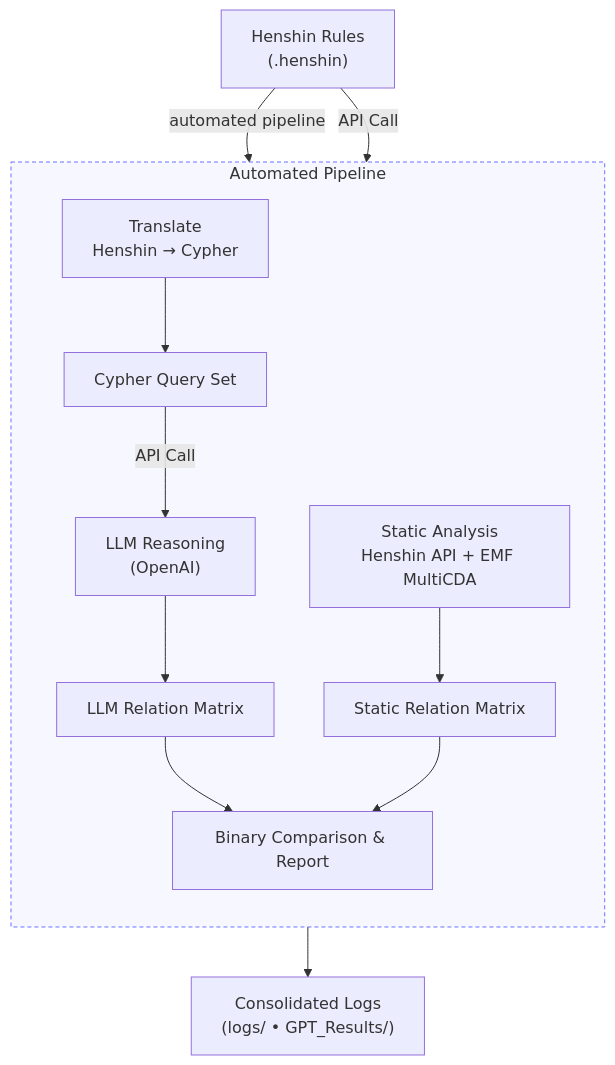
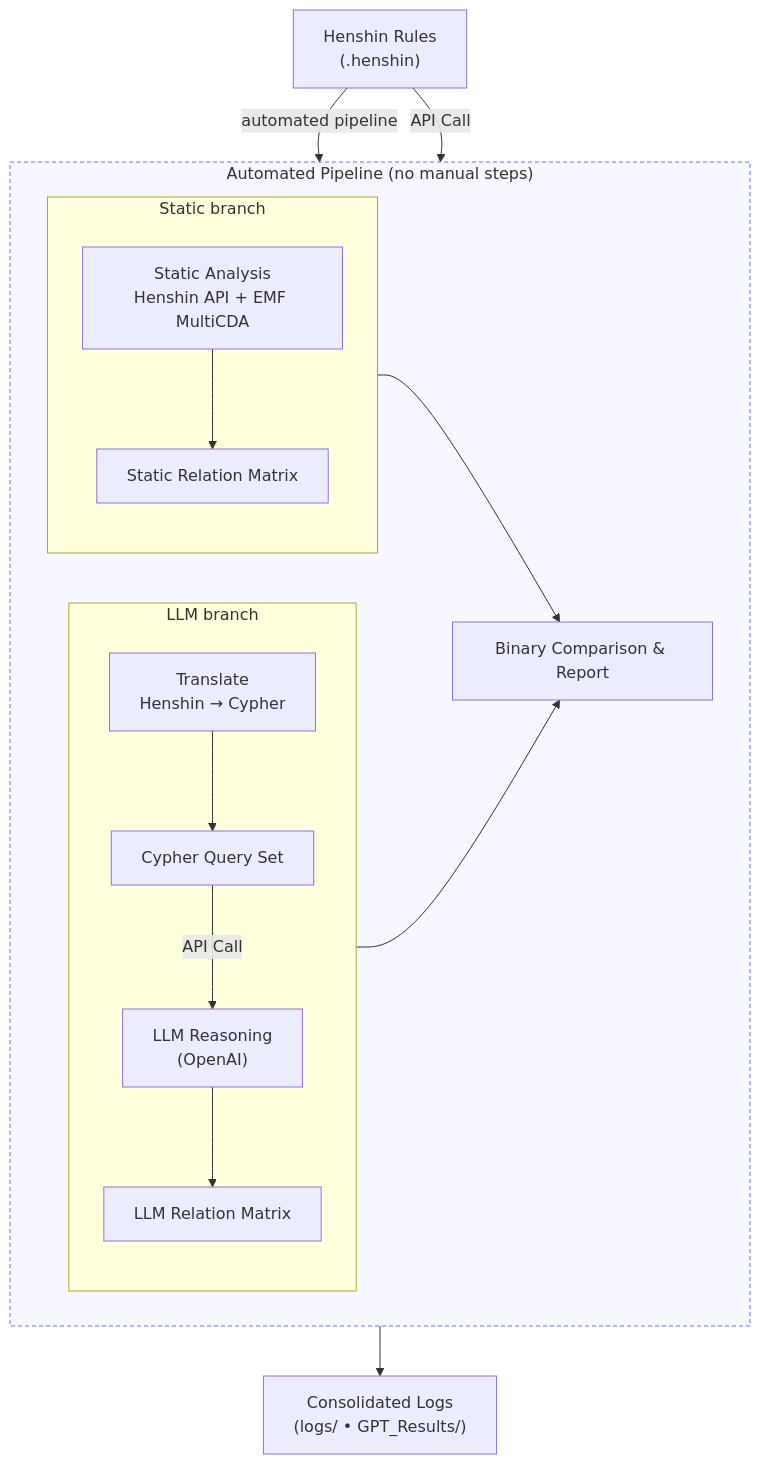
Before and after one commit to Lugji/HenshinApplication: the diagram in README.md, drawn with Mermaid.

````diff
--- a/README.md
+++ b/README.md
@@ -5,36 +5,43 @@
 ```mermaid
-
 %%{init: {'flowchart': {'htmlLabels': true}} }%%
 flowchart TD
-  %% Outside the pipeline
+  %% Outside the automated box
   A["Henshin Rules<br>(.henshin)"]
   I["Consolidated Logs<br>(logs/ • GPT_Results/)"]
 
-  %% Grouped pipeline
-  subgraph Auto["Automated Pipeline"]
-    direction TB
-    B["Translate<br>Henshin → Cypher"]
-    C["Cypher Query Set"]
-    D["LLM Reasoning<br>(OpenAI)"]
-    E["Static Analysis<br>Henshin API + EMF MultiCDA"]
-    F["LLM Relation Matrix"]
-    G["Static Relation Matrix"]
+  %% Automated pipeline (everything inside runs without manual steps)
+  subgraph Auto["Automated Pipeline (no manual steps)"]
+    direction LR
+
+    %% LLM branch (left)
+    subgraph LLM["LLM branch"]
+      direction TB
+      B["Translate<br>Henshin → Cypher"]
+      C["Cypher Query Set"]
+      D["LLM Reasoning<br>(OpenAI)"]
+      F["LLM Relation Matrix"]
+    end
+
+    %% Static branch (right)
+    subgraph Static["Static branch"]
+      direction TB
+      E["Static Analysis<br>Henshin API + EMF MultiCDA"]
+      G["Static Relation Matrix"]
+    end
+
+    %% Merge/report (still automated)
     H["Binary Comparison & Report"]
   end
 
-  %% Your edges (with labels)
+  %% Flows (with your labels)
   A -->|automated pipeline| B
-  B --> C
-  C -->|API Call| D
-  A -->|API Call| E
-  D --> F
-  E --> G
-  F --> H
-  G --> H
+  B --> C -->|API Call| D --> F --> H
+  A -->|API Call| E --> G --> H
   H --> I
 
-  %% Optional: subtle styling for the group box
+  %% Subtle styling for the box
   style Auto fill:#f7f7ff,stroke:#6b72ff,stroke-width:1px,stroke-dasharray:4 3
 
 
+
 ```
````
